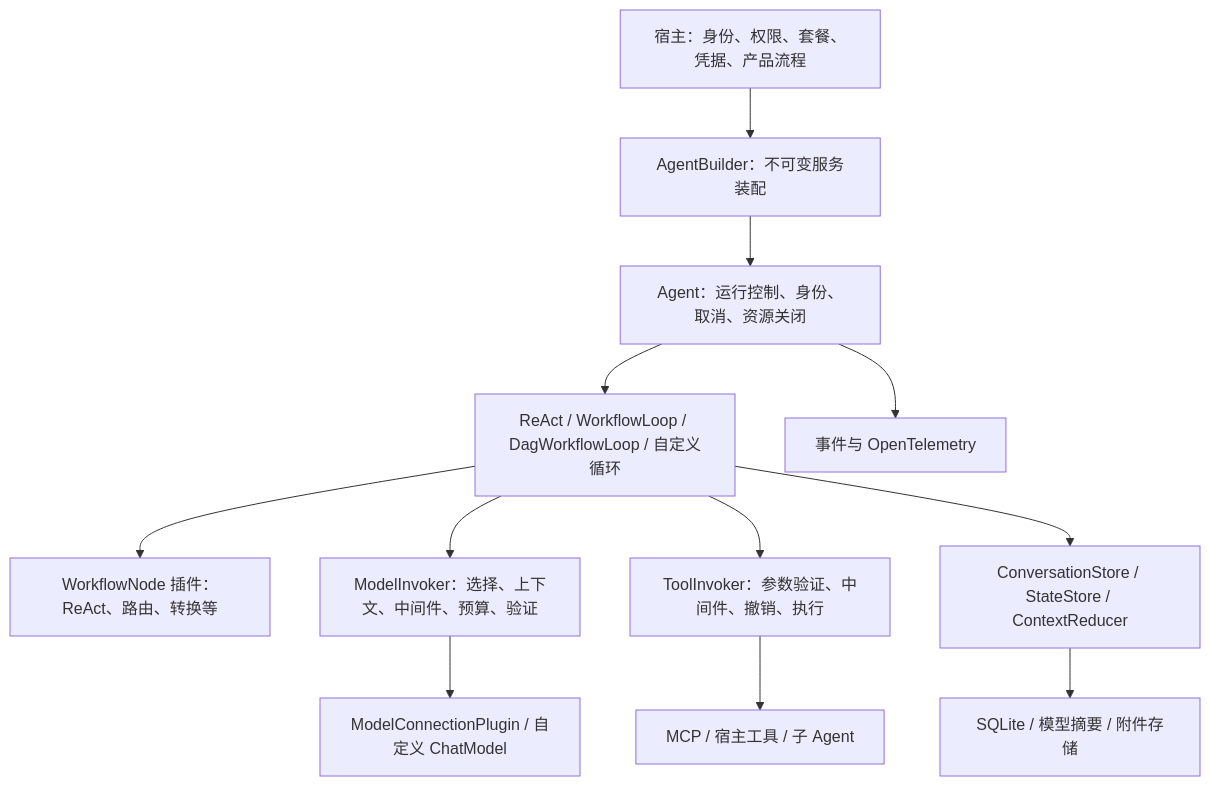
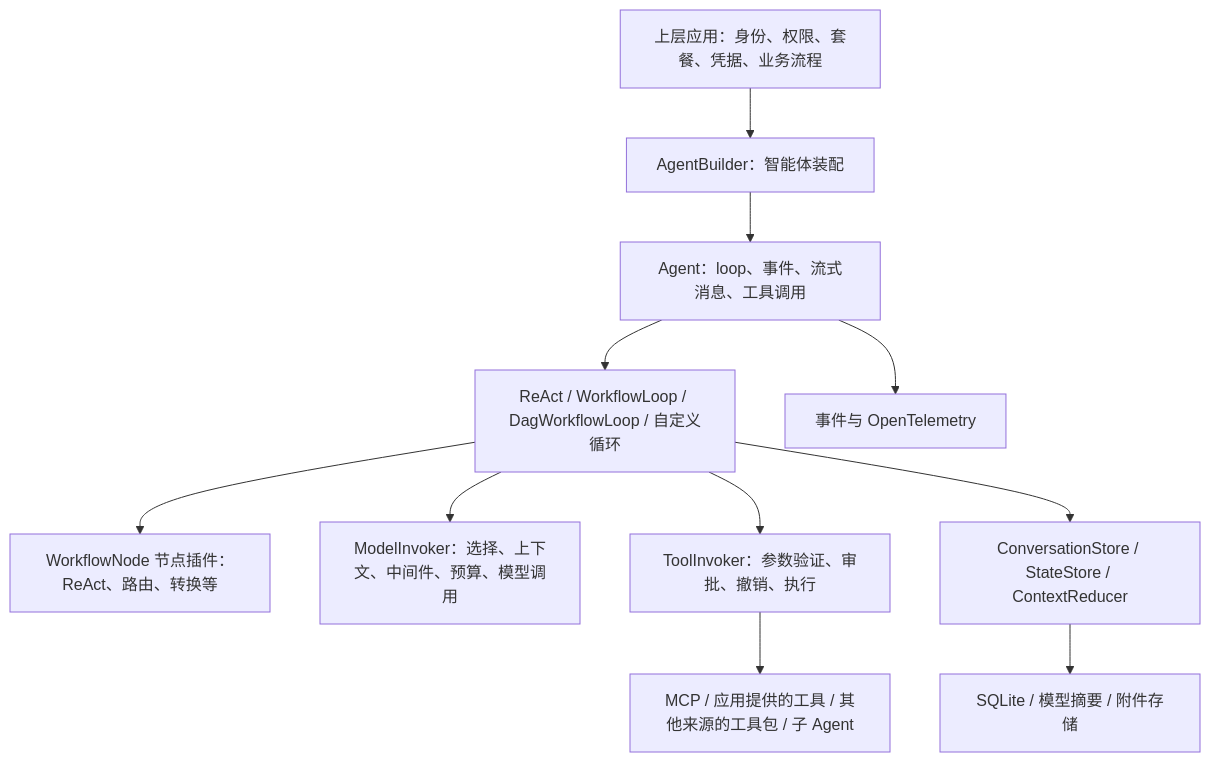
One commit to Penglai-Link/eliteforge-agent-framework changed the diagram in README.md. Above: the diagram before and after it, drawn with Mermaid. The commit also changed other lines of this file and 10 other files, not shown here.

````diff
--- a/README.md
+++ b/README.md
@@ -5,14 +5,13 @@
 ```mermaid
 flowchart TD
-    Host[宿主：身份、权限、套餐、凭据、产品流程] --> Build[AgentBuilder：不可变服务装配]
-    Build --> Agent[Agent：运行控制、身份、取消、资源关闭]
+    Host[上层应用：身份、权限、套餐、凭据、业务流程] --> Build[AgentBuilder：智能体装配]
+    Build --> Agent[Agent：loop、事件、流式消息、工具调用]
     Agent --> Loop[ReAct / WorkflowLoop / DagWorkflowLoop / 自定义循环]
-    Loop --> Nodes[WorkflowNode 插件：ReAct、路由、转换等]
-    Loop --> Models[ModelInvoker：选择、上下文、中间件、预算、验证]
-    Loop --> Tools[ToolInvoker：参数验证、中间件、撤销、执行]
-    Models --> ModelPlugins[ModelConnectionPlugin / 自定义 ChatModel]
-    Tools --> ToolPlugins[MCP / 宿主工具 / 子 Agent]
+    Loop --> Nodes[WorkflowNode 节点插件：ReAct、路由、转换等]
+    Loop --> Models[ModelInvoker：选择、上下文、中间件、预算、模型调用]
+    Loop --> Tools[ToolInvoker：参数验证、审批、撤销、执行]
+    Tools --> ToolPlugins[MCP / 应用提供的工具 / 其他来源的工具包 / 子 Agent]
     Loop --> State[ConversationStore / StateStore / ContextReducer]
     State --> Implementations[SQLite / 模型摘要 / 附件存储]
     Agent --> Telemetry[事件与 OpenTelemetry]
 ```
````
